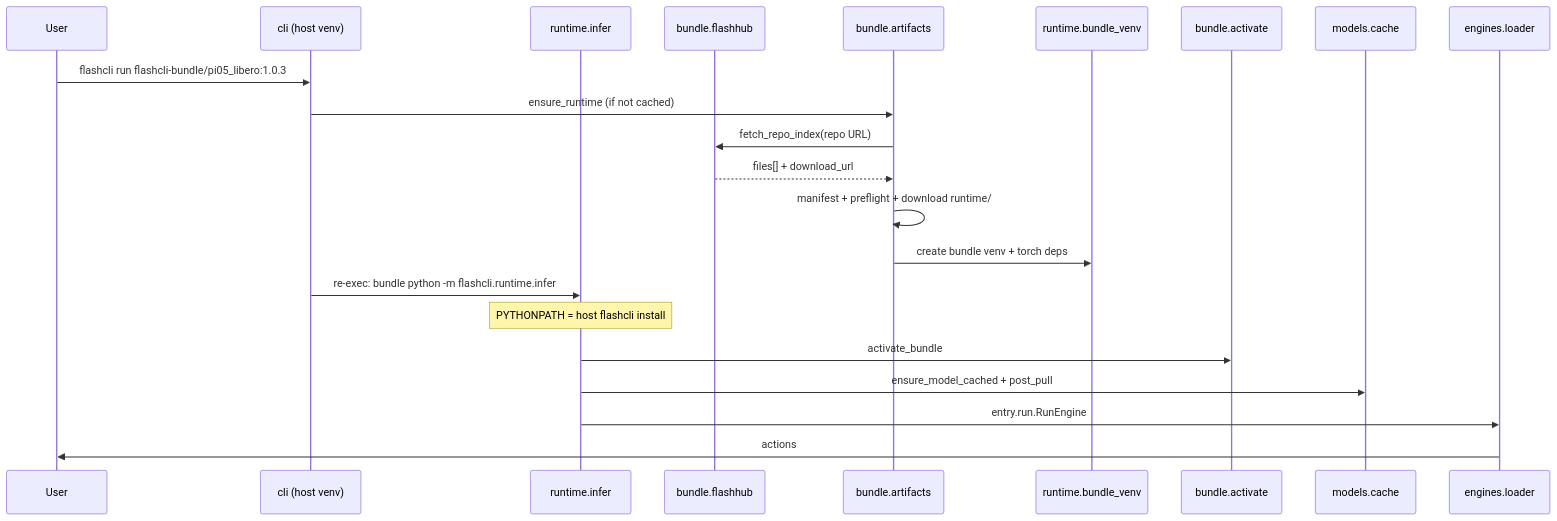
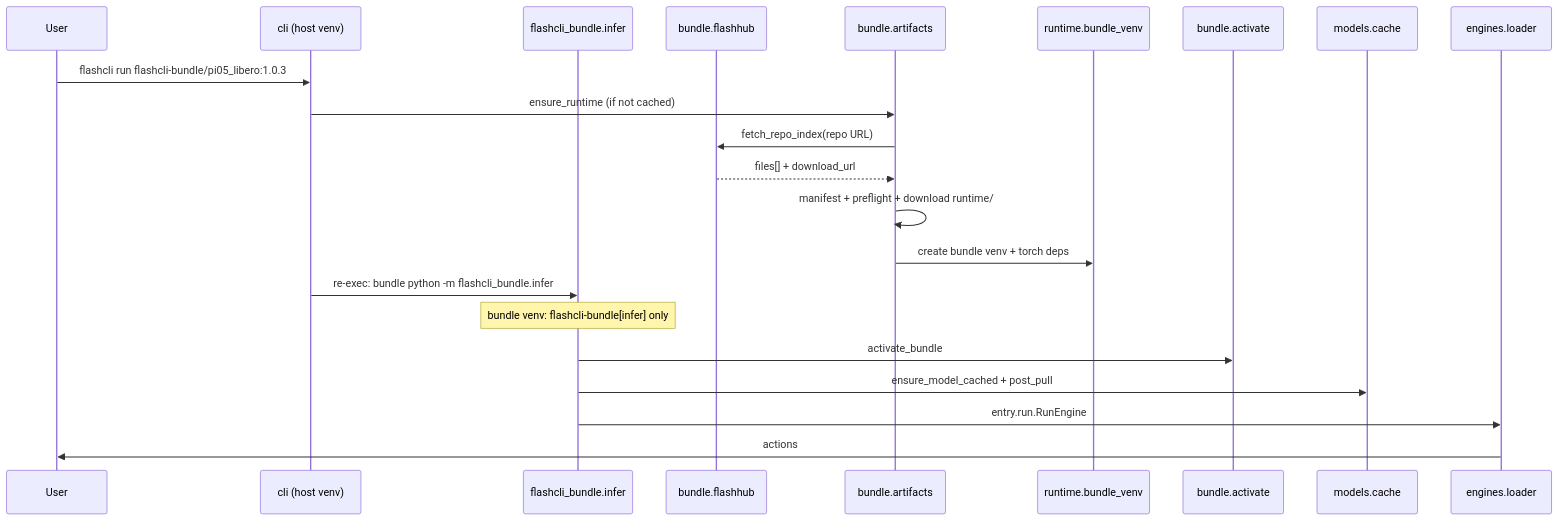
The diagram in docs/architecture.md (aodianyun/flashcli), drawn with Mermaid before and after one commit. The commit also changed other lines of this file and 124 other files, not shown here.

Commit message:
refactor: isolate inference to bundle venv via flashcli-bundle[infer] re-exec, keep host on protocol-only deps, and centralize shared paths in flashcli_bundle.paths

````diff
--- a/docs/architecture.md
+++ b/docs/architecture.md
@@ -64,25 +76,25 @@
 ```mermaid
 sequenceDiagram
   participant U as User
   participant CLI as cli (host venv)
-  participant Infer as runtime.infer
+  participant Infer as flashcli_bundle.infer
   participant FH as bundle.flashhub
   participant Art as bundle.artifacts
   participant Venv as runtime.bundle_venv
   participant Act as bundle.activate
   participant Cache as models.cache
   participant Ldr as engines.loader
 
   U->>CLI: flashcli run flashcli-bundle/pi05_libero:1.0.3
   CLI->>Art: ensure_runtime (if not cached)
   Art->>FH: fetch_repo_index(repo URL)
   FH-->>Art: files[] + download_url
   Art->>Art: manifest + preflight + download runtime/
   Art->>Venv: create bundle venv + torch deps
-  CLI->>Infer: re-exec: bundle python -m flashcli.runtime.infer
-  Note over Infer: PYTHONPATH = host flashcli install
+  CLI->>Infer: re-exec: bundle python -m flashcli_bundle.infer
+  Note over Infer: bundle venv: flashcli-bundle[infer] only
   Infer->>Act: activate_bundle
   Infer->>Cache: ensure_model_cached + post_pull
   Infer->>Ldr: entry.run.RunEngine
   Ldr->>U: actions
 ```
````
